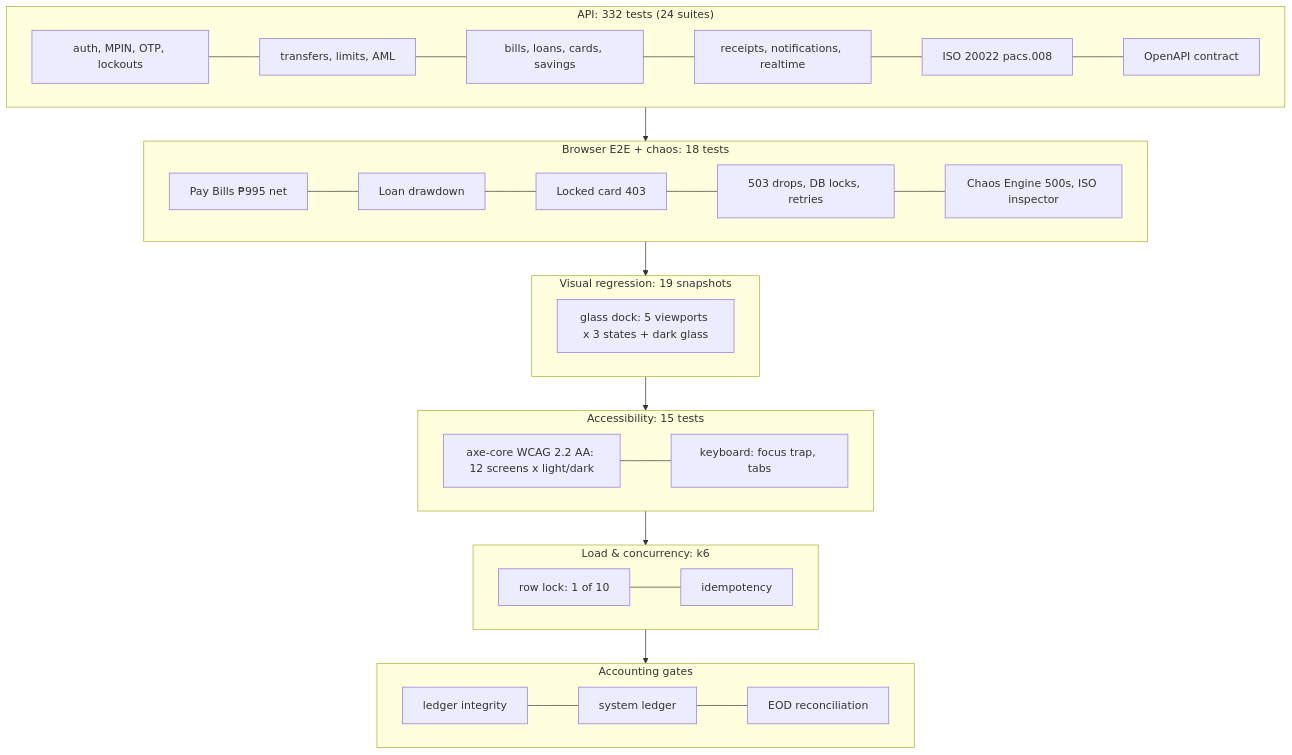
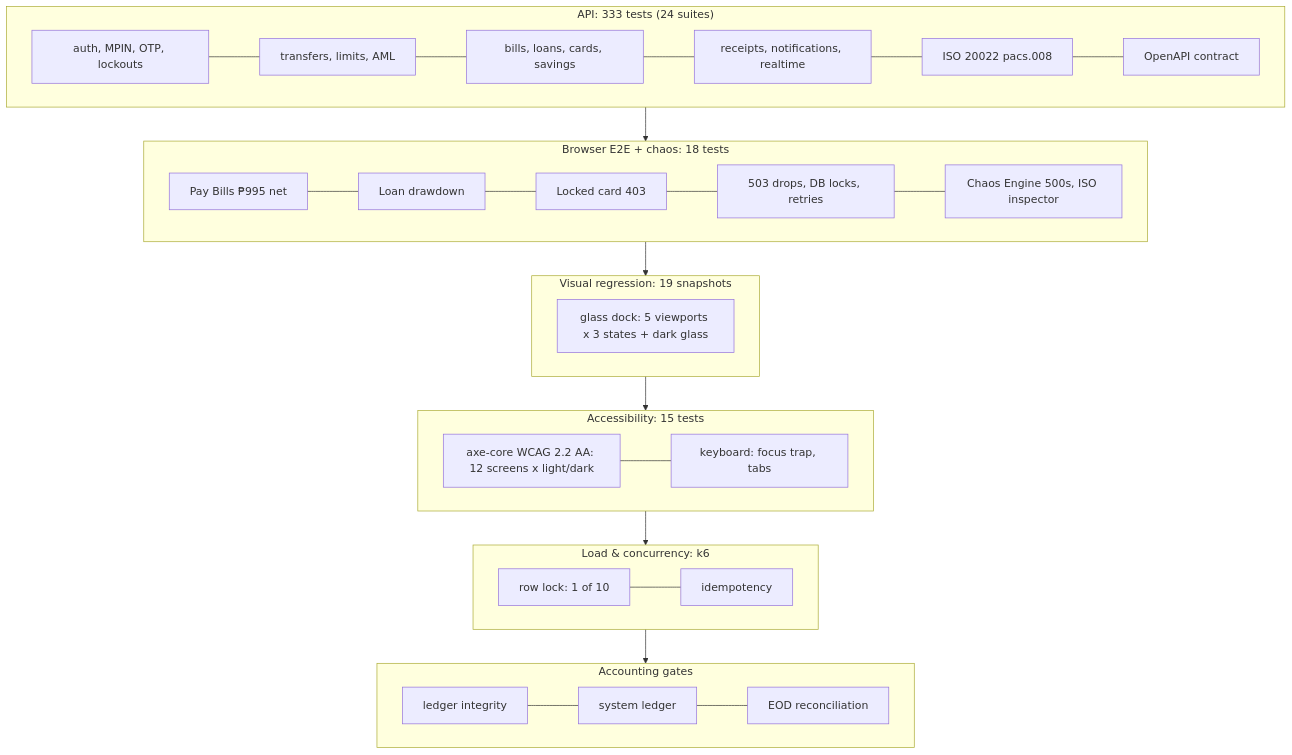
Before and after one commit to brylleopada77/PayPulse: the first of 3 diagrams in README.md, drawn with Mermaid. The commit also changed other lines of this file and 4 other files, not shown here.

````diff
--- a/README.md
+++ b/README.md
@@ -52,24 +52,24 @@
 ```mermaid
 flowchart TB
-  subgraph L1["API: 332 tests (24 suites)"]
+  subgraph L1["API: 333 tests (24 suites)"]
     a1[auth, MPIN, OTP, lockouts] --- a2[transfers, limits, AML]
     a2 --- a3[bills, loans, cards, savings]
     a3 --- a4[receipts, notifications, realtime] --- a5[ISO 20022 pacs.008] --- a6[OpenAPI contract]
   end
   subgraph L2["Browser E2E + chaos: 18 tests"]
     b1[Pay Bills ₱995 net] --- b2[Loan drawdown] --- b3[Locked card 403] --- b4[503 drops, DB locks, retries] --- b5[Chaos Engine 500s, ISO inspector]
   end
   subgraph L3["Visual regression: 19 snapshots"]
     v1[glass dock: 5 viewports x 3 states + dark glass]
   end
   subgraph L3b["Accessibility: 15 tests"]
     x1[axe-core WCAG 2.2 AA: 12 screens x light/dark] --- x2[keyboard: focus trap, tabs]
   end
   subgraph L4["Load & concurrency: k6"]
     k1[row lock: 1 of 10] --- k2[idempotency]
   end
   subgraph L5["Accounting gates"]
     g1[ledger integrity] --- g2[system ledger] --- g3[EOD reconciliation]
   end
   L1 --> L2 --> L3 --> L3b --> L4 --> L5
 ```
````
